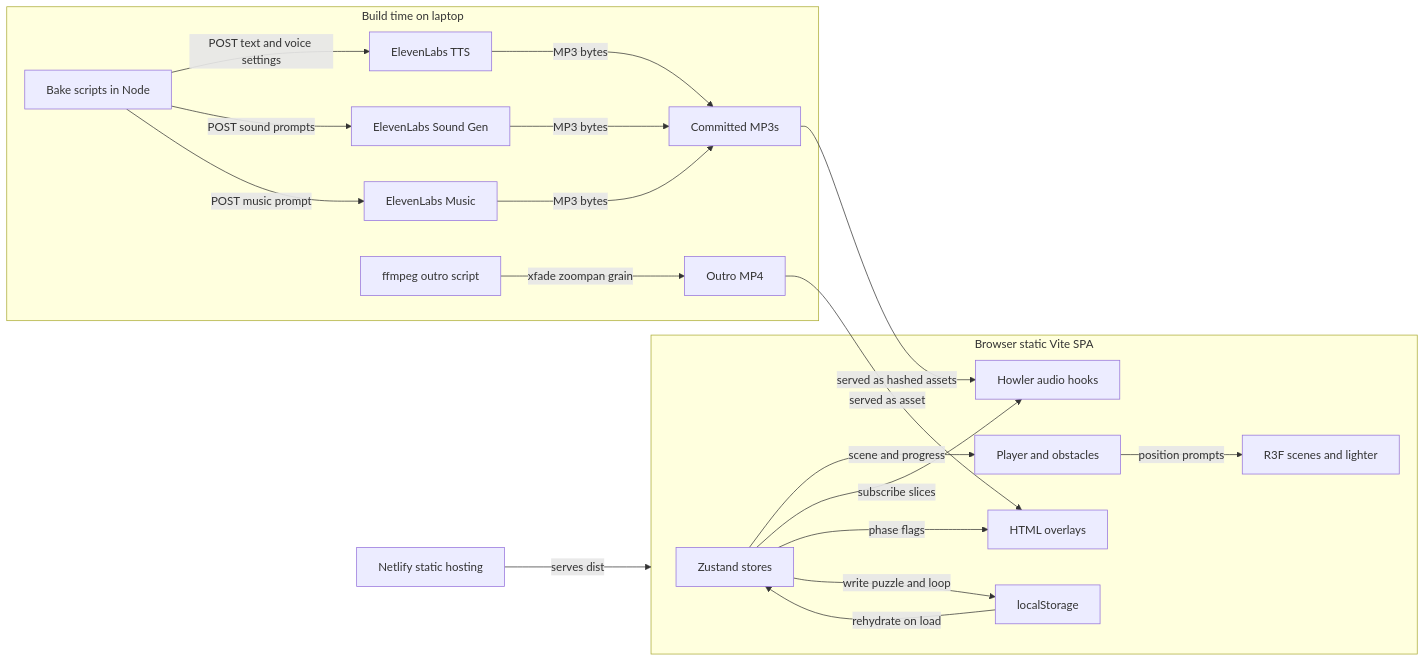
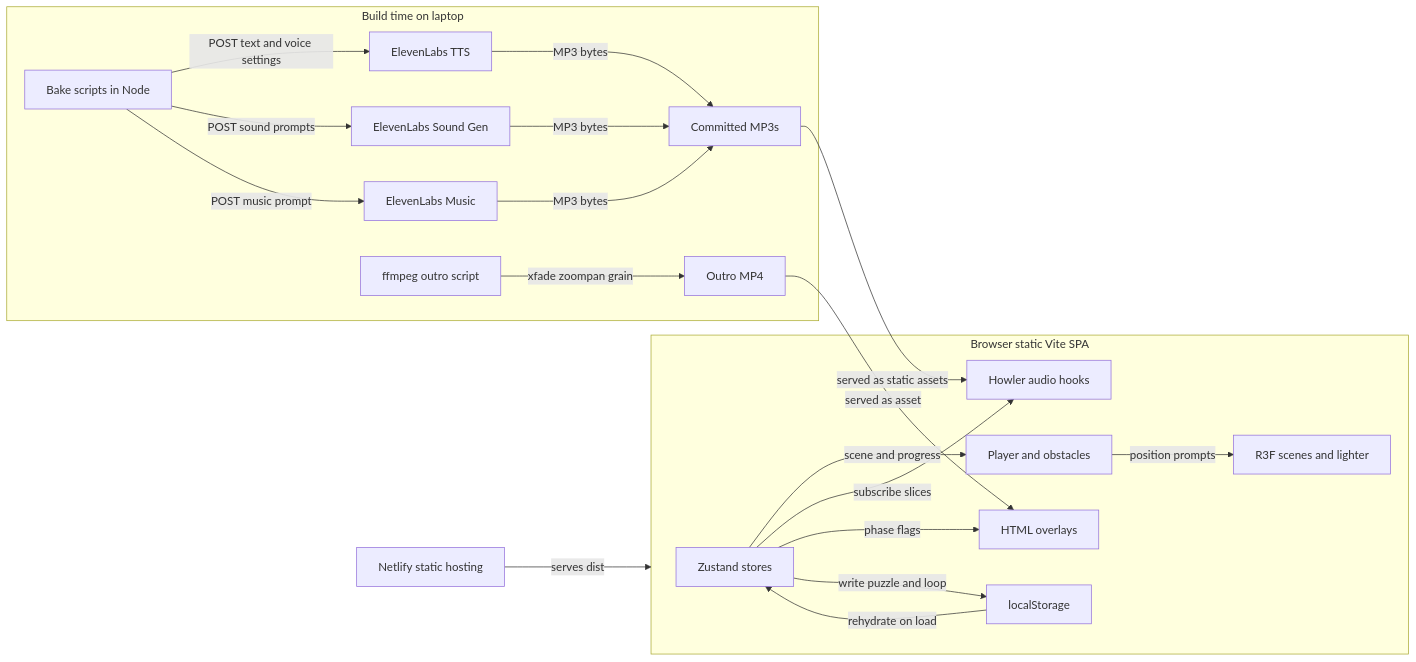
The diagram in content/diagrams/apartment-4b-horror-game-architecture.mmd (anirxdh/portfolio), drawn with Mermaid before and after one commit. The commit also changed 118 other files, not shown here.

First line of the commit message:
Blog: 27 project article drafts, diagrams, and pipeline docs (all draft: true)

```diff
--- a/content/diagrams/apartment-4b-horror-game-architecture.mmd
+++ b/content/diagrams/apartment-4b-horror-game-architecture.mmd
@@ -1,21 +1,21 @@
 graph LR
   subgraph BUILD [Build time on laptop]
     A[Bake scripts in Node] -->|POST text and voice settings| B[ElevenLabs TTS]
     A -->|POST sound prompts| C[ElevenLabs Sound Gen]
     A -->|POST music prompt| D[ElevenLabs Music]
     B -->|MP3 bytes| E[Committed MP3s]
     C -->|MP3 bytes| E
     D -->|MP3 bytes| E
     F[ffmpeg outro script] -->|xfade zoompan grain| G[Outro MP4]
   end
   subgraph RUNTIME [Browser static Vite SPA]
     H[Zustand stores] -->|scene and progress| I[Player and obstacles]
     I -->|position prompts| J[R3F scenes and lighter]
     H -->|subscribe slices| K[Howler audio hooks]
     H -->|phase flags| L[HTML overlays]
-    E -->|served as hashed assets| K
+    E -->|served as static assets| K
     G -->|served as asset| L
     M[localStorage] -->|rehydrate on load| H
     H -->|write puzzle and loop| M
   end
   N[Netlify static hosting] -->|serves dist| RUNTIME
```
